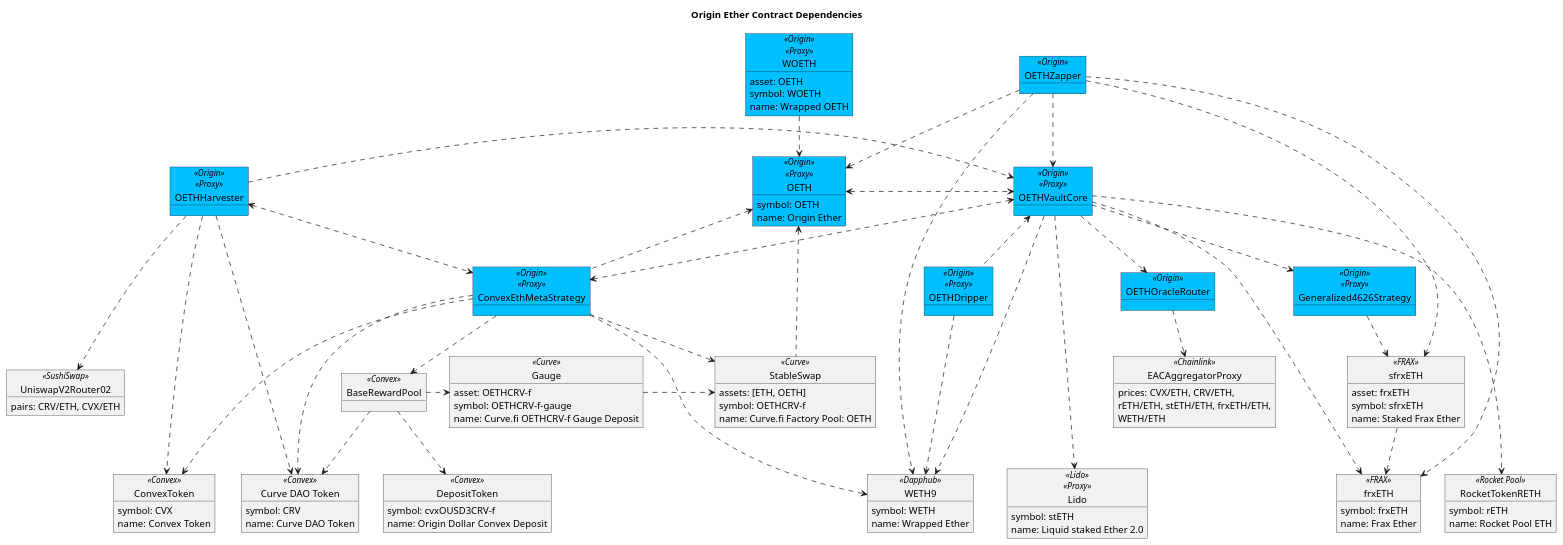
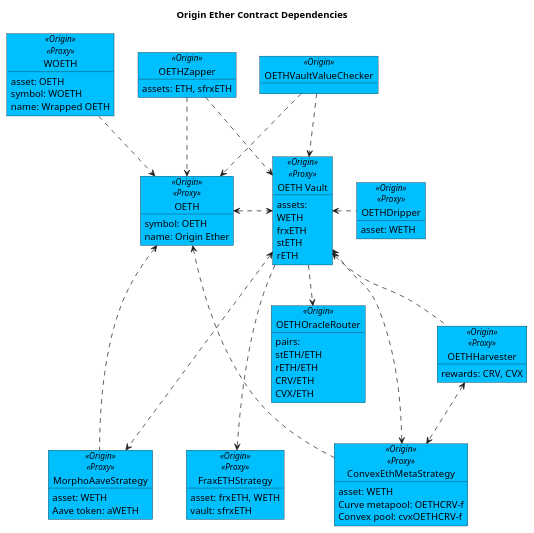
The diagram in contracts/docs/plantuml/oethContracts.puml (OriginProtocol/origin-dollar), drawn with PlantUML before and after one commit. The commit also changed 7 other files, not shown here.

First line of the commit message:
Frax ETH Strategy diagrams (#1641)

```diff
--- a/contracts/docs/plantuml/oethContracts.puml
+++ b/contracts/docs/plantuml/oethContracts.puml
@@ -3,11 +3,15 @@
 title "Origin Ether Contract Dependencies"
 
 object "OETHZapper" as zap <<Origin>> #DeepSkyBlue {
+    assets: ETH, sfrxETH
 }
 
 object "OETHDripper" as drip <<Origin>><<Proxy>> #DeepSkyBlue {
+    asset: WETH
 }
 
+object "OETHVaultValueChecker" as checker <<Origin>> #DeepSkyBlue {
+}
 
 object "WOETH" as woeth <<Origin>><<Proxy>> #DeepSkyBlue {
     asset: OETH
@@ -20,136 +24,184 @@
     name: Origin Ether
 }
 
-object "OETHVaultCore" as oethv <<Origin>><<Proxy>> #DeepSkyBlue {
+object "OETH Vault" as oethv <<Origin>><<Proxy>> #DeepSkyBlue {
+assets:
+  WETH
+  frxETH
+  stETH
+  rETH
 }
 
 object "OETHHarvester" as harv <<Origin>><<Proxy>> #DeepSkyBlue {
+    rewards: CRV, CVX
+}
+
+' Strategies
+object "FraxETHStrategy" as frxethstrat <<Origin>><<Proxy>> #DeepSkyBlue {
+    asset: frxETH, WETH
+    vault: sfrxETH
+}
+object "ConvexEthMetaStrategy" as cvxStrat <<Origin>><<Proxy>> #DeepSkyBlue {
+    asset: WETH
+    Curve metapool: OETHCRV-f
+    Convex pool: cvxOETHCRV-f
+}
+object "MorphoAaveStrategy" as morphAaveStrat <<Origin>><<Proxy>> #DeepSkyBlue {
+    asset: WETH
+    Aave token: aWETH
 }
 
 ' Oracle
 object "OETHOracleRouter" as oracle <<Origin>> #DeepSkyBlue {
-}
-object "EACAggregatorProxy" as chain <<Chainlink>> {
-    prices: CVX/ETH, CRV/ETH,\nrETH/ETH, stETH/ETH, frxETH/ETH,\nWETH/ETH 
+pairs:
+    stETH/ETH
+    rETH/ETH
+    CRV/ETH
+    CVX/ETH 
 }
 
-' SushiSwap
-object "UniswapV2Router02" as sushi <<SushiSwap>> {
-    pairs: CRV/ETH, CVX/ETH
-}
+' object "EACAggregatorProxy" as chain <<Chainlink>> {
+'     prices: CVX/ETH, CRV/ETH,\nrETH/ETH, stETH/ETH, frxETH/ETH,\nWETH/ETH 
+' }
 
-' Strategies
+' ' SushiSwap
+' object "UniswapV2Router02" as sushi <<SushiSwap>> {
+'     pairs: CRV/ETH, CVX/ETH
+' }
 
-object "Generalized4626Strategy" as frxethstrat <<Origin>><<Proxy>> #DeepSkyBlue {
-}
+' ' Curve
+' object "Gauge" as gauge <<Curve>> {
+'     asset: OETHCRV-f
+'     symbol: OETHCRV-f-gauge
+'     name: Curve.fi OETHCRV-f Gauge Deposit
+' }
+' object "StableSwap" as crvPool <<Curve>> {
+'     assets: [ETH, OETH]
+'     symbol: OETHCRV-f
+'     name: Curve.fi Factory Pool: OETH
+' }
+' ' Convex
+' ' object "Booster" as cvxBoost <<Convex>> {
+' ' }
+' object "BaseRewardPool" as cvxPool <<Convex>> {
+' }
+' object "DepositToken" as cvxPoolLp <<Convex>> {
+'     symbol: cvxOUSD3CRV-f
+'     name: Origin Dollar Convex Deposit
+' }
 
-object "sfrxETH" as sfrxeth <<FRAX>> {
-    asset: frxETH
-    symbol: sfrxETH
-    name: Staked Frax Ether
-}
+' ' Aave Morpho
+' object "Morpho\nAave V2" as morphoV2 <<Morpho>> {
+' }
+' object "Morpho\nLens" as morphoLens <<Morpho>> {
+' }
 
-' Curve
-object "ConvexEthMetaStrategy" as cvxStat <<Origin>><<Proxy>> #DeepSkyBlue {
-}
-object "Gauge" as gauge <<Curve>> {
-    asset: OETHCRV-f
-    symbol: OETHCRV-f-gauge
-    name: Curve.fi OETHCRV-f Gauge Deposit
-}
-object "StableSwap" as crvPool <<Curve>> {
-    assets: [ETH, OETH]
-    symbol: OETHCRV-f
-    name: Curve.fi Factory Pool: OETH
-}
-' Convex
-' object "Booster" as cvxBoost <<Convex>> {
+' object "aWETH" as aweth <<Aave>> {
+'     symbol: aWETH
+'     name: Aave interest bearing WETH
 ' }
-object "BaseRewardPool" as cvxPool <<Convex>> {
-}
-object "DepositToken" as cvxPoolLp <<Convex>> {
-    symbol: cvxOUSD3CRV-f
-    name: Origin Dollar Convex Deposit
-}
+' object "variableDebtWETH" as vdweth <<Aave>> {
+'     symbol: variableDebtWETH
+'     name: Aave variable debt bearing WETH
+' }
 
-' Assets
-object "frxETH" as frxeth <<FRAX>> {
-    symbol: frxETH
-    name: Frax Ether
-}
+' ' Assets
 
-object "WETH9" as weth <<Dapphub>> {
-    symbol: WETH
-    name: Wrapped Ether
-}
+' object "sfrxETH" as sfrxeth <<FRAX>> {
+'     asset: frxETH
+'     symbol: sfrxETH
+'     name: Staked Frax Ether
+' }
 
-object "RocketTokenRETH" as reth <<Rocket Pool>> {
-    symbol: rETH
-    name: Rocket Pool ETH
-}
+' object "frxETH" as frxeth <<FRAX>> {
+'     symbol: frxETH
+'     name: Frax Ether
+' }
 
-object "Lido" as steth <<Lido>><<Proxy>> {
-    symbol: stETH
-    name: Liquid staked Ether 2.0
-}
+' object "WETH9" as weth <<Dapphub>> {
+'     symbol: WETH
+'     name: Wrapped Ether
+' }
 
-' Rewards 
-object "ConvexToken" as cvx <<Convex>> {
-    symbol: CVX
-    name: Convex Token
-}
+' object "RocketTokenRETH" as reth <<Rocket Pool>> {
+'     symbol: rETH
+'     name: Rocket Pool ETH
+' }
 
-object "Curve DAO Token" as crv <<Convex>> {
-    symbol: CRV
-    name: Curve DAO Token
-}
+' object "Lido" as steth <<Lido>><<Proxy>> {
+'     symbol: stETH
+'     name: Liquid staked Ether 2.0
+' }
+
+' ' Rewards 
+' object "ConvexToken" as cvx <<Convex>> {
+'     symbol: CVX
+'     name: Convex Token
+' }
+
+' object "Curve DAO Token" as crv <<Convex>> {
+'     symbol: CRV
+'     name: Curve DAO Token
+' }
 
 zap ..> oeth
 zap ..> oethv
-zap ....> sfrxeth
-zap .....> frxeth
-zap .....> weth
+' zap ....> sfrxeth
+' zap .....> frxeth
+' zap .....> weth
 
-drip ...> weth
-oethv <.. drip
+' drip .....> weth
+oethv <. drip
 
-harv .> oethv
-harv ...> sushi
-harv ....> cvx
-harv ....> crv
+checker ..> oeth
+checker ..> oethv
+
+oethv <.. harv 
+' harv ...> sushi
+' harv ...> cvx
+' harv ...> crv
 
 woeth ..> oeth
 oeth <.> oethv
 oethv ..> oracle
-oracle ..> chain
+' oracle ...> chain
+
 
 ' Staked FRAX ETH Strategy
-oethv ..> frxethstrat
-frxethstrat ..> sfrxeth
+oethv ...> frxethstrat
+' frxethstrat ..> sfrxeth
 
 ' Convex ETH Metapool Strategy
-harv <..> cvxStat
-oethv <..> cvxStat
-oeth <.. cvxStat
-' cvxStat ..> cvxBoost
-' cvxBoost .[hidden]> cvxPool
-cvxStat ..> crvPool
-cvxStat ..> cvxPool
-cvxStat ...> weth
-cvxStat ...> cvx
-cvxStat ...> crv
-cvxPool ..> cvxPoolLp
-cvxPool ..> crv
-cvxPool .> gauge
-gauge .> crvPool
-oeth <... crvPool
+harv <..> cvxStrat
+oethv <...> cvxStrat
+oeth <... cvxStrat
 
-' Vault to Assets
-oethv ....> frxeth
-oethv ....> weth
-oethv ....> reth
-oethv ....> steth
+' cvxStrat ..> crvPool
+' cvxStrat ..> cvxPool
+' cvxStrat ...> weth
+' cvxStrat ...> cvx
+' cvxStrat ...> crv
+' cvxPool ..> cvxPoolLp
+' cvxPool ..> crv
+' cvxPool .> gauge
+' gauge .> crvPool
+' oeth <... crvPool
 
-sfrxeth ..> frxeth
+' Morpho Aave Strategy
+oethv <...> morphAaveStrat
+oeth <... morphAaveStrat
+' morphAaveStrat ..> morphoV2
+' morphAaveStrat ..> morphoLens
+' morphoLens .> morphoV2
+' morphoV2 ..> aweth
+' morphoV2 ..> vdweth
+
+' ' Vault to Assets
+' oethv .....> frxeth
+' oethv .....> weth
+' oethv .....> reth
+' oethv .....> steth
+
+' sfrxeth ..> frxeth
 
 @enduml
```
